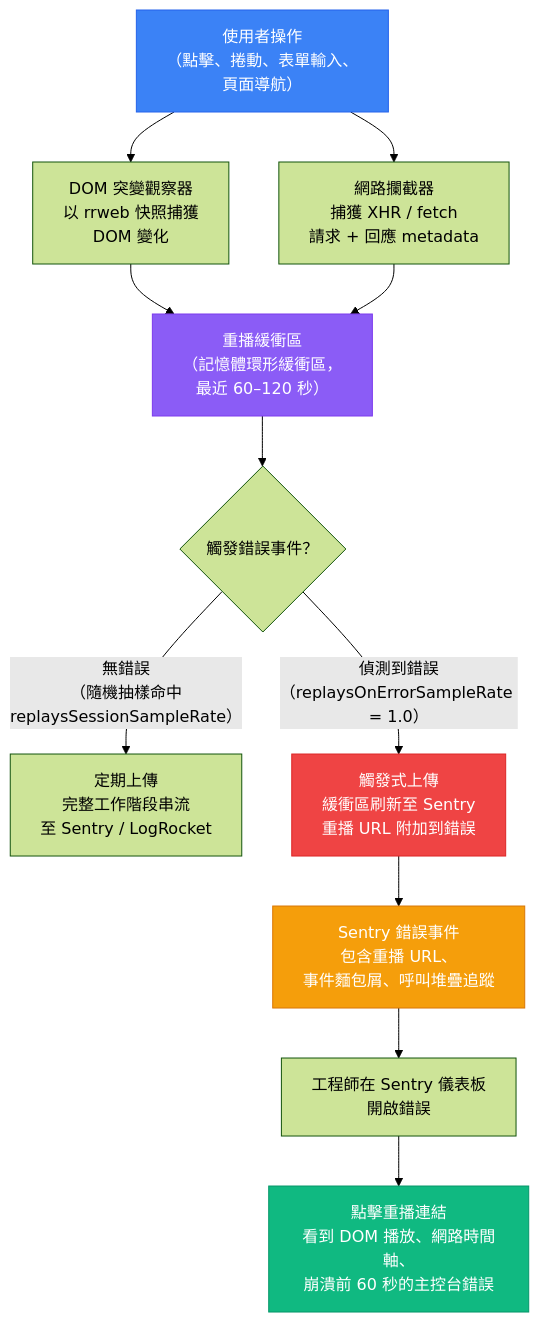
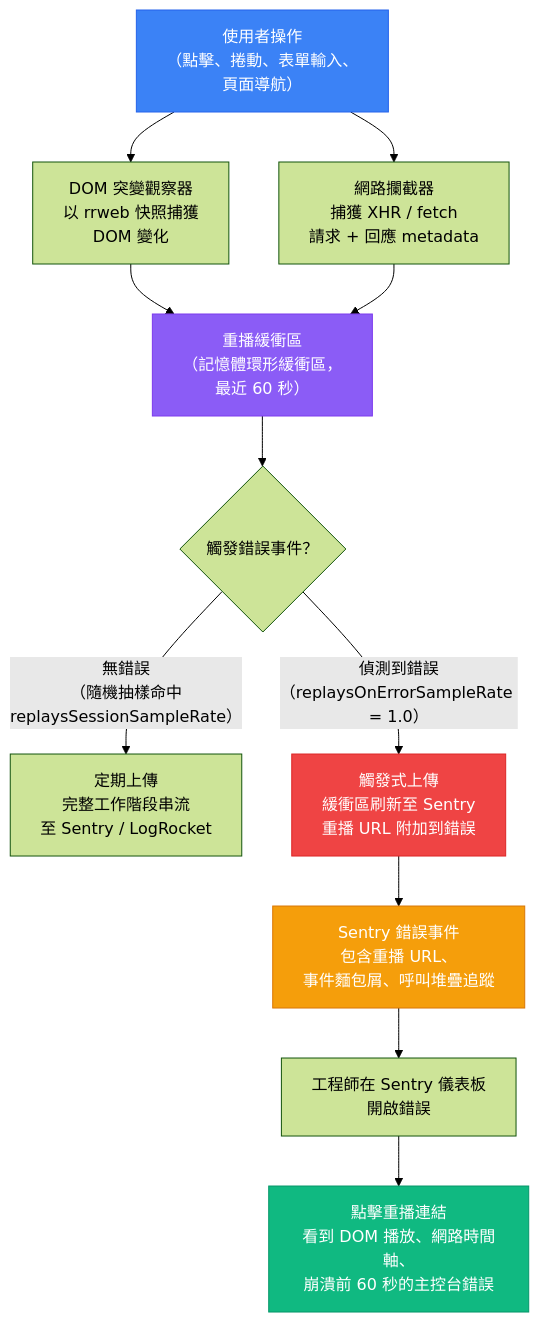
The diagram in docs/zh-tw/Observability and Error Tracking/1407.md (alivedise/frontend-engineering-essentials), drawn with Mermaid (forest theme) before and after one commit. The commit also changed other lines of this file and 1 other file, not shown here.

````diff
--- a/docs/zh-tw/Observability and Error Tracking/1407.md
+++ b/docs/zh-tw/Observability and Error Tracking/1407.md
@@ -85,19 +36,19 @@
 ```mermaid
 flowchart TD
     A["使用者操作\n（點擊、捲動、表單輸入、\n頁面導航）"] --> B["DOM 突變觀察器\n以 rrweb 快照捕獲\nDOM 變化"]
     A --> C["網路攔截器\n捕獲 XHR / fetch\n請求 + 回應 metadata"]
-    B --> D["重播緩衝區\n（記憶體環形緩衝區，\n最近 60–120 秒）"]
+    B --> D["重播緩衝區\n（記憶體環形緩衝區，\n最近 60 秒）"]
     C --> D
     D --> E{觸發錯誤事件？}
     E -->|"無錯誤\n（隨機抽樣命中\nreplaysSessionSampleRate）"| F["定期上傳\n完整工作階段串流\n至 Sentry / LogRocket"]
     E -->|"偵測到錯誤\n（replaysOnErrorSampleRate = 1.0）"| G["觸發式上傳\n緩衝區刷新至 Sentry\n重播 URL 附加到錯誤"]
     G --> H["Sentry 錯誤事件\n包含重播 URL、\n事件麵包屑、呼叫堆疊追蹤"]
     H --> I["工程師在 Sentry 儀表板\n開啟錯誤"]
     I --> J["點擊重播連結\n看到 DOM 播放、網路時間軸、\n崩潰前 60 秒的主控台錯誤"]
 
     style A fill:#3b82f6,color:#fff,stroke:#2563eb
     style D fill:#8b5cf6,color:#fff,stroke:#7c3aed
     style G fill:#ef4444,color:#fff,stroke:#dc2626
     style H fill:#f59e0b,color:#fff,stroke:#d97706
     style J fill:#10b981,color:#fff,stroke:#059669
 ```
````
